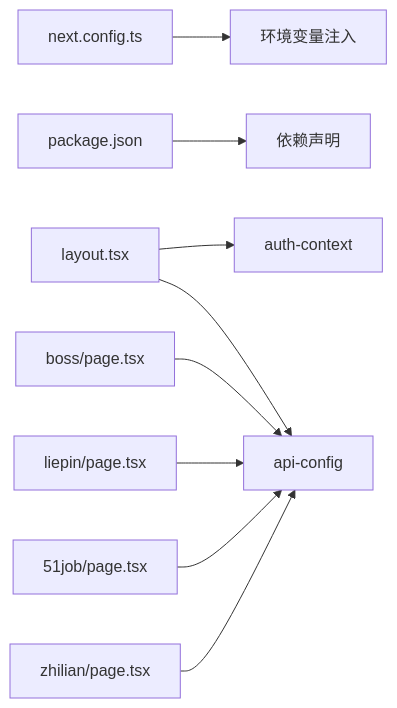
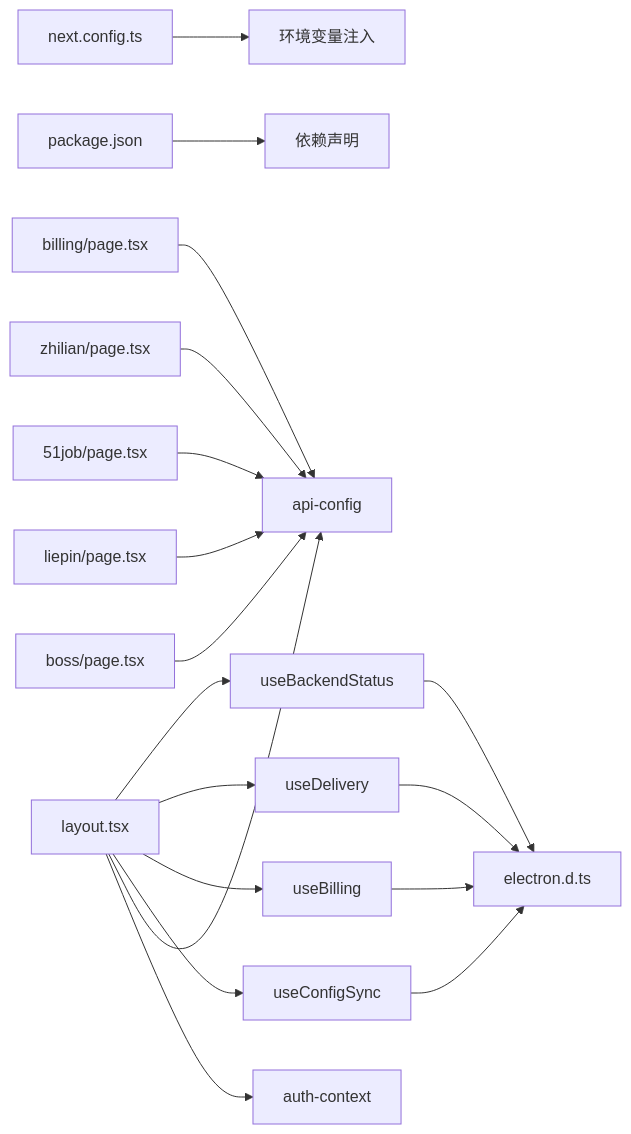
One commit to xulingfeng931027/get_jobs changed diagram 14 of 14 in .qoder/repowiki/zh/content/前端应用.md. Above: the diagram before and after it, drawn with Mermaid. The commit also changed other lines of this file and 74 other files, not shown here.

````diff
--- a/.qoder/repowiki/zh/content/前端应用.md
+++ b/.qoder/repowiki/zh/content/前端应用.md
@@ -320,11 +516,20 @@
 ```mermaid
 graph LR
 N["next.config.ts"] --> ENV["环境变量注入"]
 PKG["package.json"] --> DEPS["依赖声明"]
 LAYOUT["layout.tsx"] --> CTX["auth-context"]
 LAYOUT --> API["api-config"]
+LAYOUT --> CS["useConfigSync"]
+LAYOUT --> BL["useBilling"]
+LAYOUT --> DL["useDelivery"]
+LAYOUT --> BS["useBackendStatus"]
 PAGE_BOSS["boss/page.tsx"] --> API
 PAGE_LIEPIN["liepin/page.tsx"] --> API
 PAGE_JOB51["51job/page.tsx"] --> API
 PAGE_ZHILIAN["zhilian/page.tsx"] --> API
+PAGE_BILL["billing/page.tsx"] --> API
+CS --> ED["electron.d.ts"]
+BL --> ED
+DL --> ED
+BS --> ED
 ```
````
